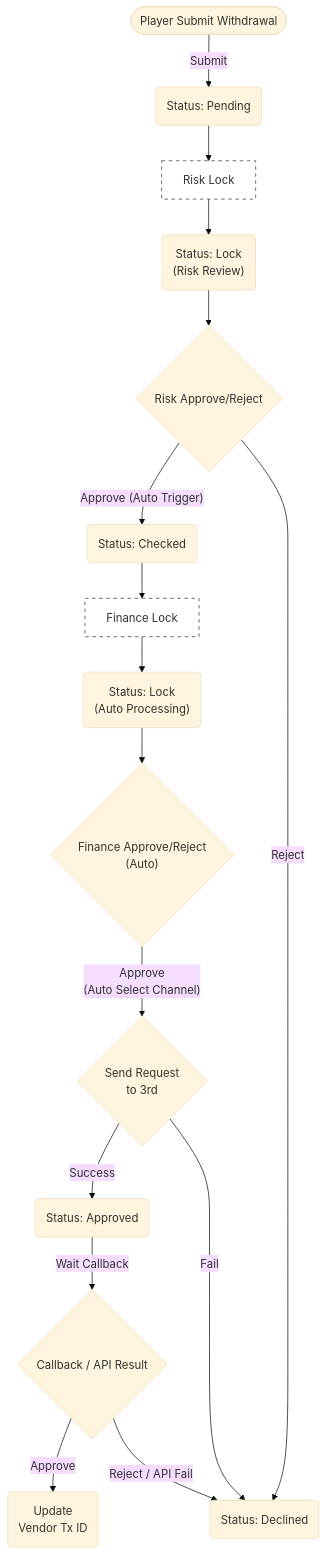
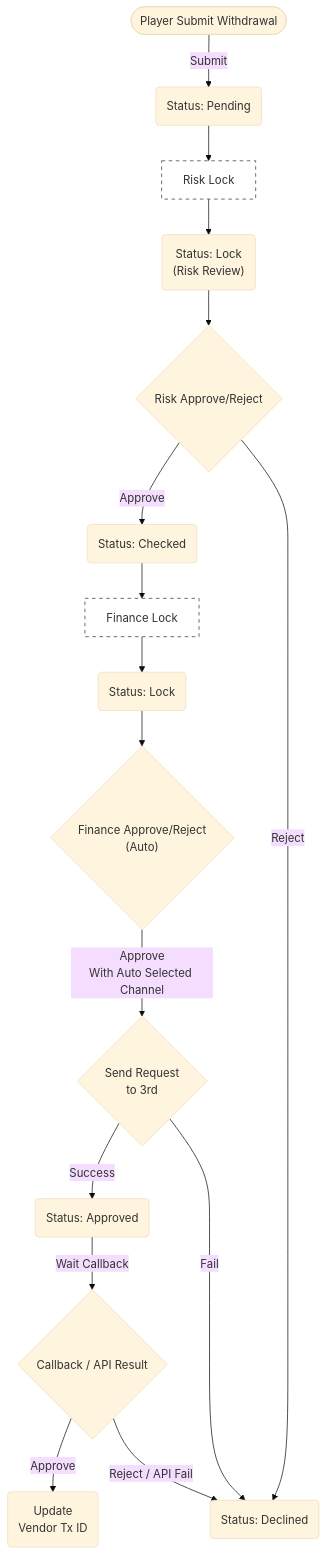
The second of 2 diagrams in no99_archive/sitflowchart.md (almightyken0425/SuSuGiGiSpec), drawn with Mermaid (base theme) before and after one commit.

````diff
--- a/no99_archive/sitflowchart.md
+++ b/no99_archive/sitflowchart.md
@@ -91,53 +91,53 @@
 ```mermaid
 graph TD
     %% 節點定義
     StartAuto(["Player Submit Withdrawal"])
     PendingAuto("Status: Pending")
     
     RiskLockActionBoxAuto["Risk Lock"]
     RiskLockAuto("Status: Lock<br/>(Risk Review)")
     
     RiskActionAuto{"Risk Approve/Reject"}
     ApproveAuto("Status: Checked")
     
     FinanceLockActionBoxAuto["Finance Lock"]
-    FinanceLockAuto("Status: Lock<br/>(Auto Processing)")
+    FinanceLockAuto("Status: Lock")
     
     FinanceActionAuto{"Finance Approve/Reject<br/>(Auto)"}
     RequestActionAuto{"Send Request<br/>to 3rd"}
     FinanceApprovedAuto("Status: Approved")
 
     DeclineAuto("Status: Declined")
     SuccessAuto("Update<br>Vendor Tx ID")
     CallbackAuto{"Callback / API Result"}
 
     StartAuto -->|"Submit"| PendingAuto
     
     PendingAuto --> RiskLockActionBoxAuto
     RiskLockActionBoxAuto --> RiskLockAuto
     
     RiskLockAuto --> RiskActionAuto
     
-    RiskActionAuto -->|"Approve (Auto Trigger)"| ApproveAuto
+    RiskActionAuto -->|"Approve"| ApproveAuto
     
     ApproveAuto --> FinanceLockActionBoxAuto
     FinanceLockActionBoxAuto --> FinanceLockAuto
     
     FinanceLockAuto --> FinanceActionAuto
     
-    FinanceActionAuto -->|"Approve<br/>(Auto Select Channel)"| RequestActionAuto
+    FinanceActionAuto -->|"Approve<br/>With Auto Selected Channel"| RequestActionAuto
     
     RequestActionAuto -->|"Success"| FinanceApprovedAuto
     RequestActionAuto -->|"Fail"| DeclineAuto
     
     FinanceApprovedAuto -->|"Wait Callback"| CallbackAuto
 
     CallbackAuto -->|"Approve"| SuccessAuto
     
     CallbackAuto -->|"Reject / API Fail"| DeclineAuto
 
     RiskActionAuto -->|"Reject"| DeclineAuto
 
     style RiskLockActionBoxAuto fill:#fff,stroke:#333,stroke-dasharray: 5 5
     style FinanceLockActionBoxAuto fill:#fff,stroke:#333,stroke-dasharray: 5 5
 ```
````
